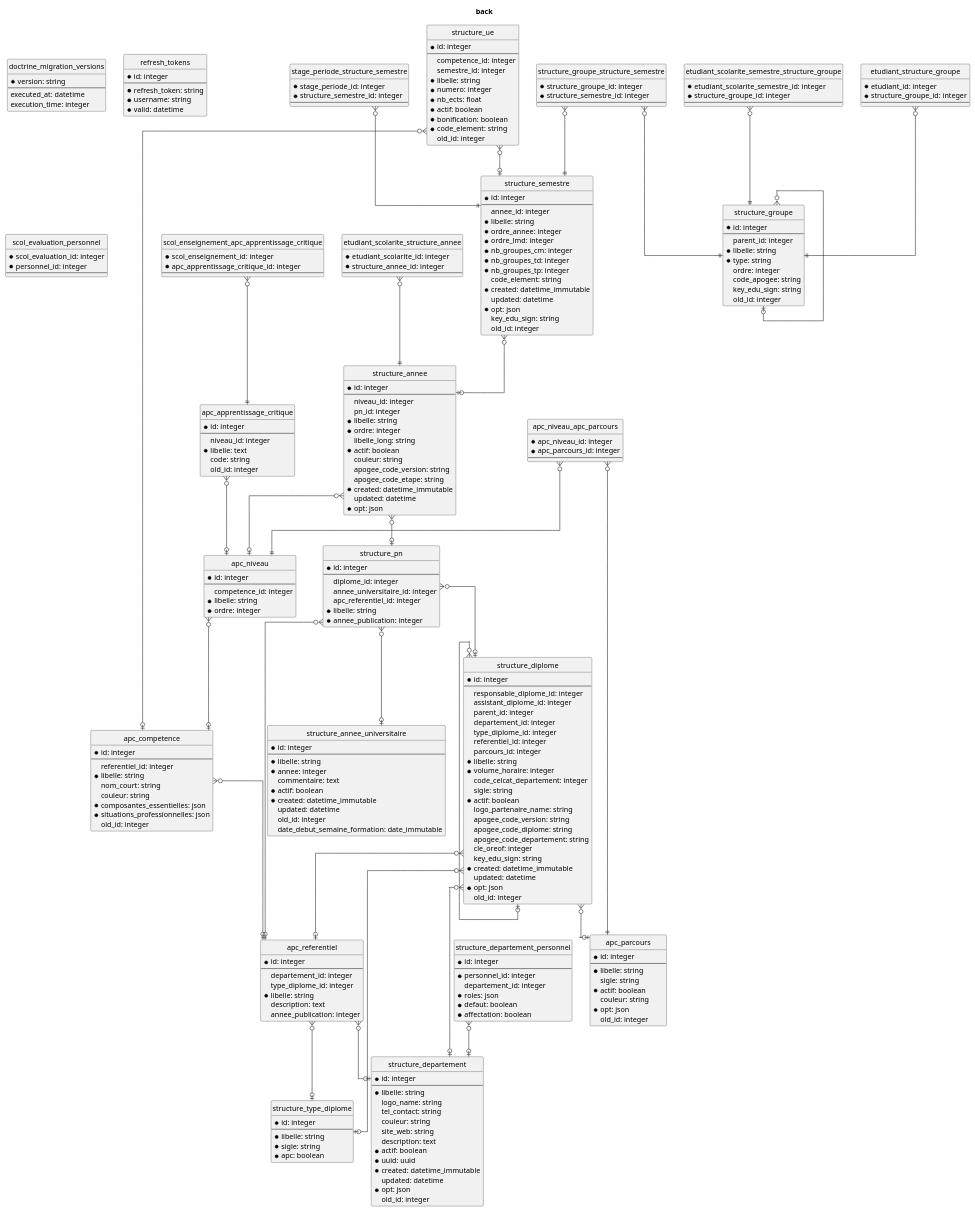
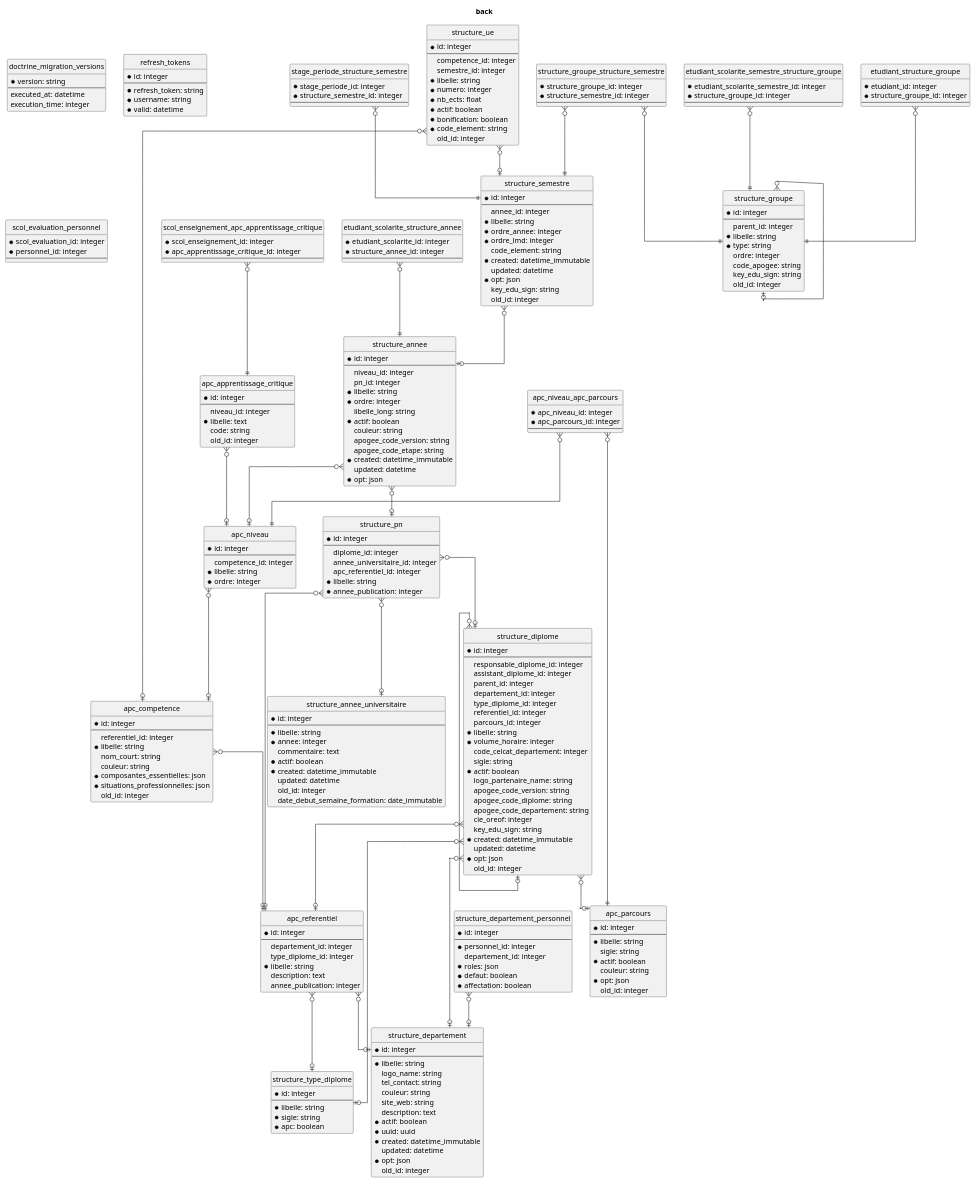
Before and after one commit to IUTTroyes/uniServices: the diagram in back/schema_structure_apc.puml, drawn with PlantUML. The commit also changed 7 other files, not shown here.

```diff
--- a/back/schema_structure_apc.puml
+++ b/back/schema_structure_apc.puml
@@ -209,9 +209,6 @@
 * libelle: string
 * ordre_annee: integer
 * ordre_lmd: integer
-* nb_groupes_cm: integer
-* nb_groupes_td: integer
-* nb_groupes_tp: integer
  code_element: string
 * created: datetime_immutable
  updated: datetime
```
